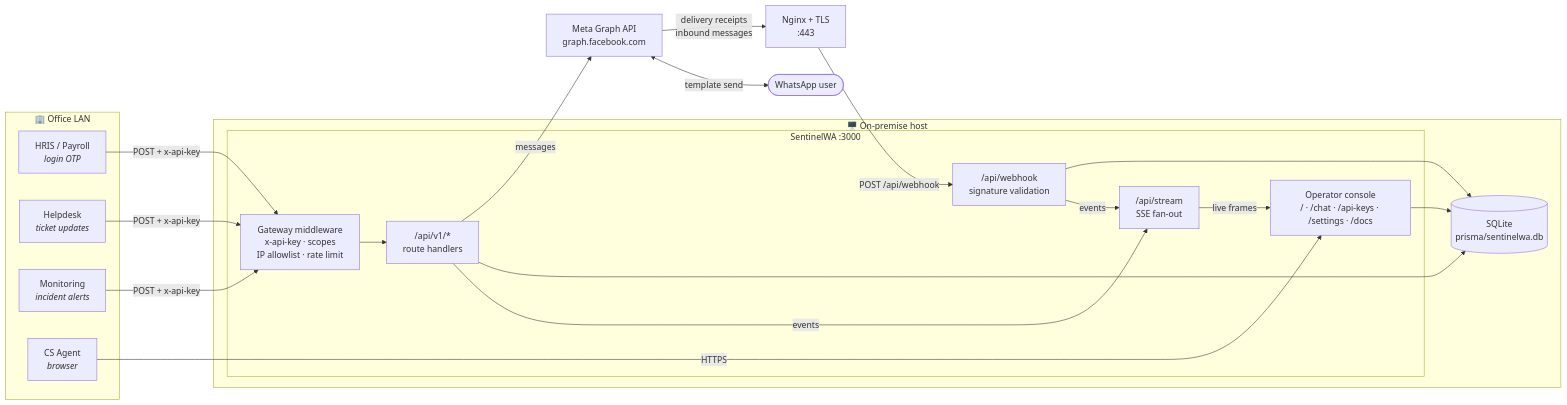
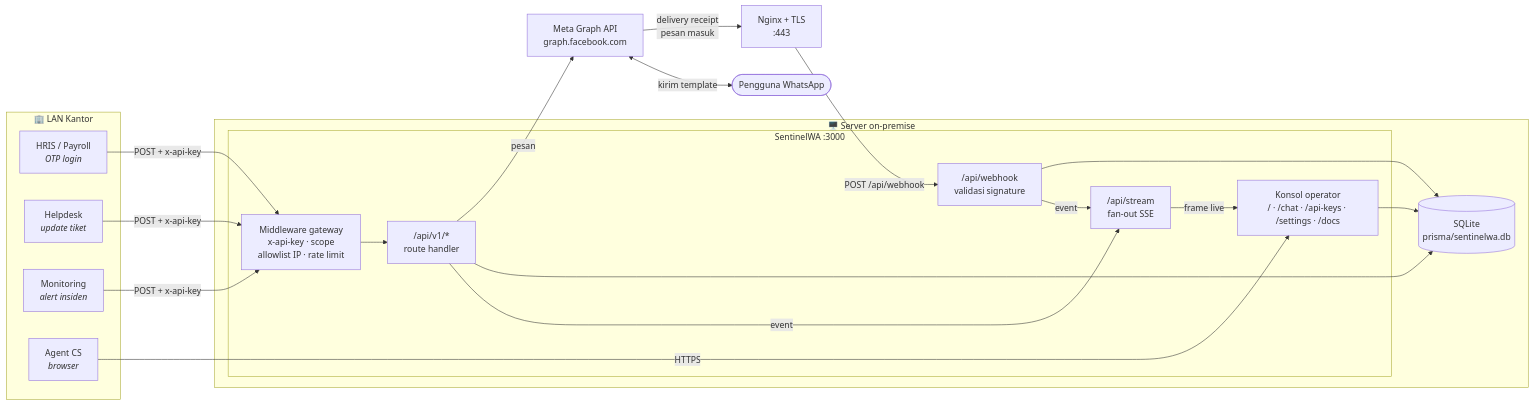
Before and after one commit to NovaAndriana/SentinelWA: the diagram in README.md, drawn with Mermaid. The commit also changed other lines of this file, not shown here.

````diff
--- a/README.md
+++ b/README.md
@@ -65,36 +66,36 @@
 ```mermaid
 flowchart LR
-    subgraph office["🏢 Office LAN"]
-        HR["HRIS / Payroll<br/><i>login OTP</i>"]
-        TIX["Helpdesk<br/><i>ticket updates</i>"]
-        MON["Monitoring<br/><i>incident alerts</i>"]
-        AGENT["CS Agent<br/><i>browser</i>"]
+    subgraph office["🏢 LAN Kantor"]
+        HR["HRIS / Payroll<br/><i>OTP login</i>"]
+        TIX["Helpdesk<br/><i>update tiket</i>"]
+        MON["Monitoring<br/><i>alert insiden</i>"]
+        AGENT["Agent CS<br/><i>browser</i>"]
     end
 
-    subgraph host["🖥️ On-premise host"]
+    subgraph host["🖥️ Server on-premise"]
         subgraph app["SentinelWA :3000"]
-            MW["Gateway middleware<br/>x-api-key · scopes<br/>IP allowlist · rate limit"]
-            API["/api/v1/*<br/>route handlers"]
-            HOOK["/api/webhook<br/>signature validation"]
-            SSE["/api/stream<br/>SSE fan-out"]
-            UI["Operator console<br/>/ · /chat · /api-keys · /settings · /docs"]
+            MW["Middleware gateway<br/>x-api-key · scope<br/>allowlist IP · rate limit"]
+            API["/api/v1/*<br/>route handler"]
+            HOOK["/api/webhook<br/>validasi signature"]
+            SSE["/api/stream<br/>fan-out SSE"]
+            UI["Konsol operator<br/>/ · /chat · /api-keys · /settings · /docs"]
         end
         DB[("SQLite<br/>prisma/sentinelwa.db")]
     end
 
     NGINX["Nginx + TLS<br/>:443"]
     META["Meta Graph API<br/>graph.facebook.com"]
-    WA(["WhatsApp user"])
+    WA(["Pengguna WhatsApp"])
 
     HR & TIX & MON -->|"POST + x-api-key"| MW
     AGENT -->|"HTTPS"| UI
     MW --> API
-    API -->|"messages"| META
-    META -->|"delivery receipts<br/>inbound messages"| NGINX
+    API -->|"pesan"| META
+    META -->|"delivery receipt<br/>pesan masuk"| NGINX
     NGINX -->|"POST /api/webhook"| HOOK
-    META <-->|"template send"| WA
+    META <-->|"kirim template"| WA
     API & HOOK --> DB
-    API & HOOK -->|"events"| SSE
-    SSE -->|"live frames"| UI
+    API & HOOK -->|"event"| SSE
+    SSE -->|"frame live"| UI
     UI --> DB
 ```
````
